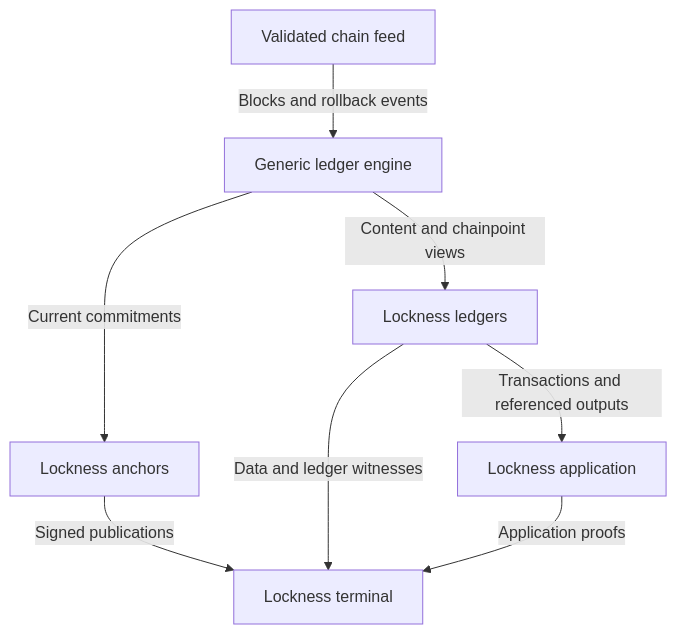
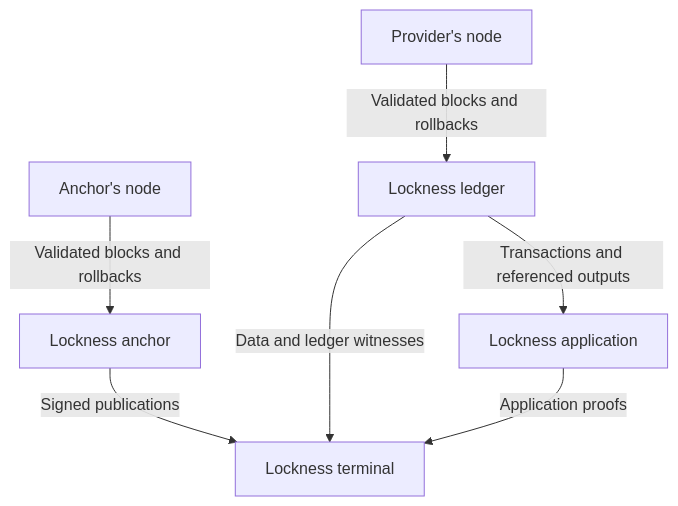
The first of 2 diagrams in docs/architecture/system.md (lambdasistemi/lockness), drawn with Mermaid before and after one commit. The commit also changed other lines of this file and 16 other files, not shown here.

````diff
--- a/docs/architecture/system.md
+++ b/docs/architecture/system.md
@@ -32,10 +32,9 @@
 ```mermaid
 flowchart TB
-    F[Validated chain feed] -->|Blocks and rollback events| E[Generic ledger engine]
-    E -->|Current commitments| P[Lockness anchors]
-    E -->|Content and chainpoint views| D[Lockness ledgers]
+    N[Anchor's node] -->|Validated blocks and rollbacks| P[Lockness anchor]
+    M[Provider's node] -->|Validated blocks and rollbacks| D[Lockness ledger]
     P -->|Signed publications| C[Lockness terminal]
     D -->|Data and ledger witnesses| C
     D -->|Transactions and referenced outputs| A[Lockness application]
     A -->|Application proofs| C
 ```
````
